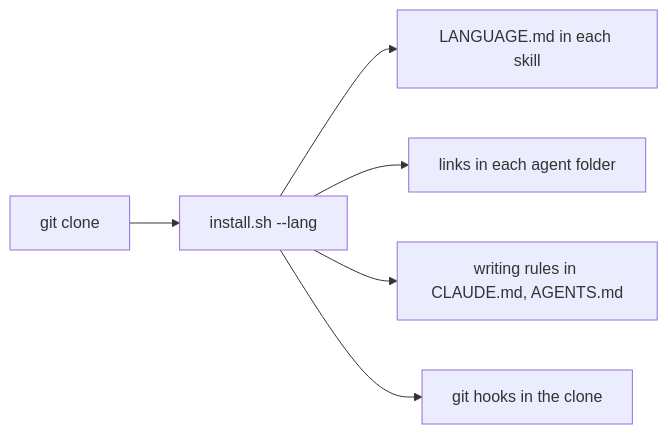
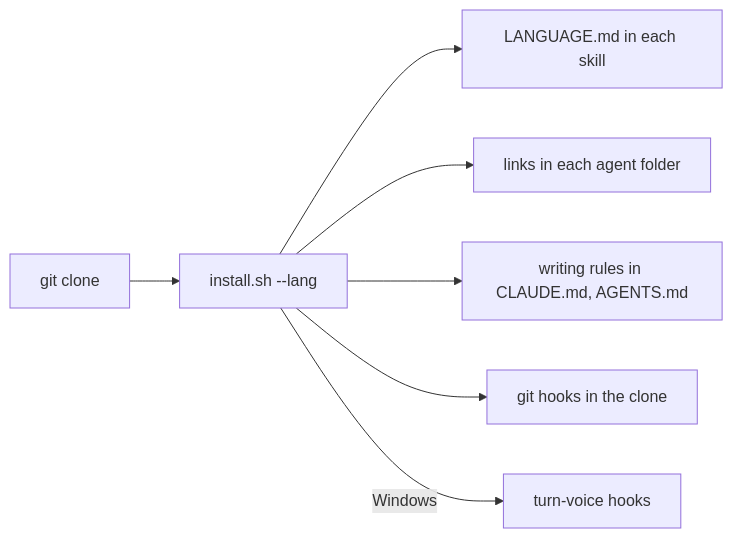
Before and after one commit to workbench-soft/agent-skills: the first of 7 diagrams in docs/user-flows.md, drawn with Mermaid. The commit also changed other lines of this file and 7 other files, not shown here.

````diff
--- a/docs/user-flows.md
+++ b/docs/user-flows.md
@@ -15,8 +17,9 @@
 ```mermaid
 flowchart LR
   clone["git clone"] --> run["install.sh --lang"]
   run --> lang["LANGUAGE.md in each skill"]
   run --> links["links in each agent folder"]
   run --> rules["writing rules in CLAUDE.md, AGENTS.md"]
   run --> hooks["git hooks in the clone"]
+  run -->|Windows| voice["turn-voice hooks"]
 ```
````
